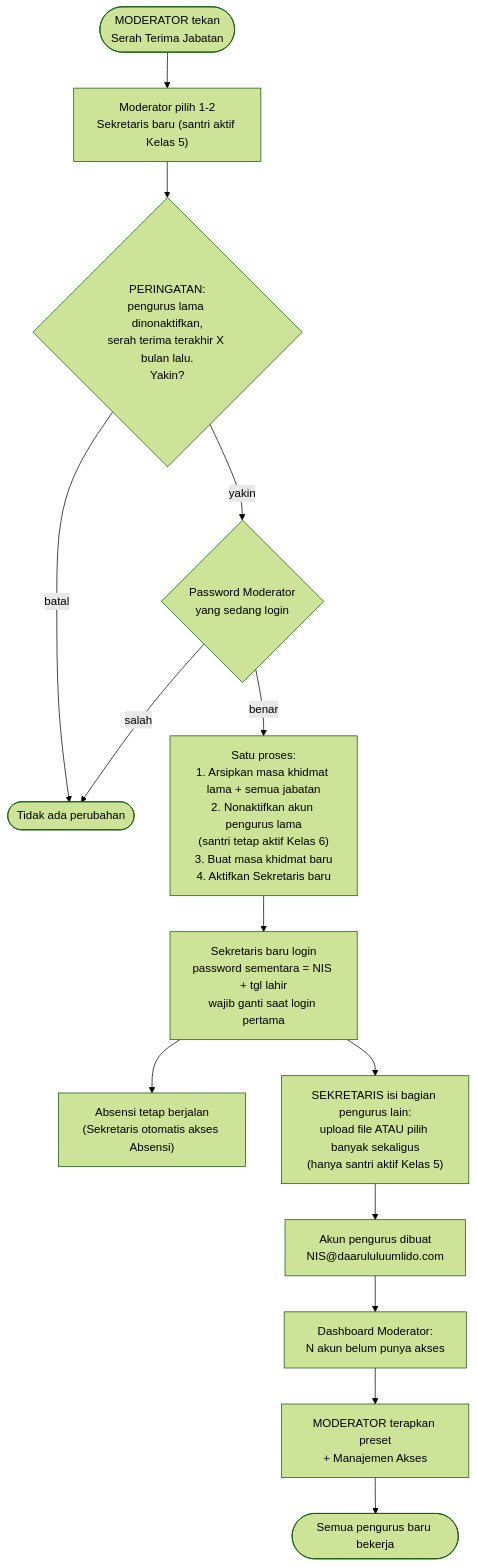
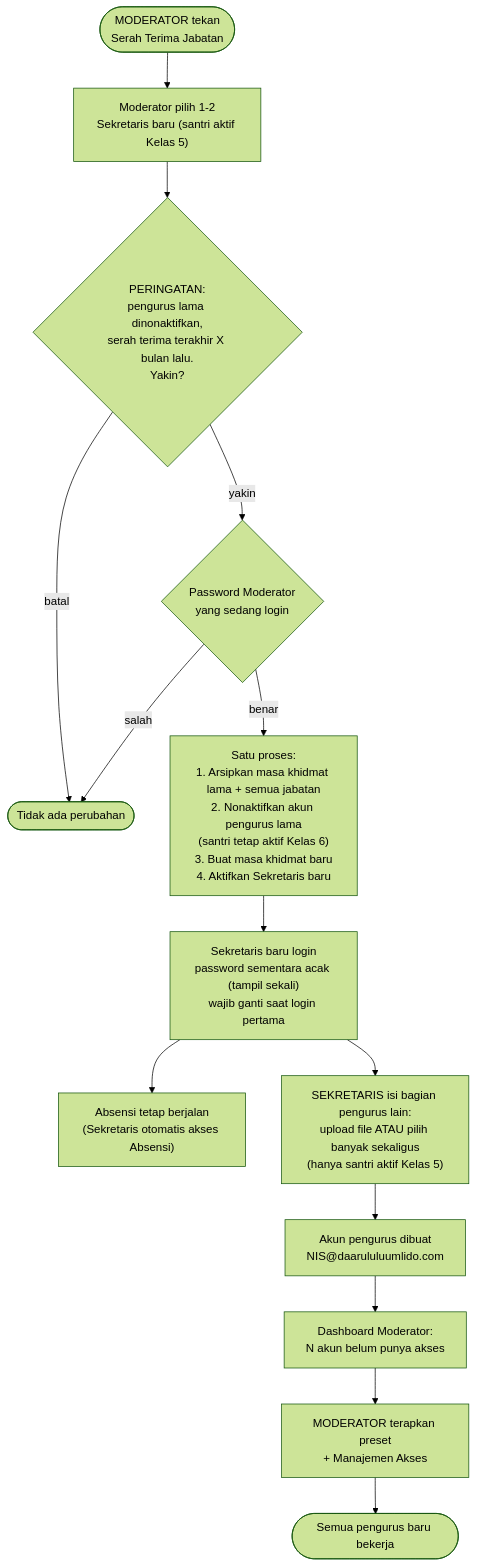
The fifth of 6 diagrams in README.md (SiJao/ProjectJao), drawn with Mermaid (forest theme) before and after one commit. The commit also changed other lines of this file and 16 other files, not shown here.

First line of the commit message:
Audit keamanan: password sementara acak, batas per IP, pembatasan data & kontak

````diff
--- a/README.md
+++ b/README.md
@@ -645,16 +657,16 @@
 ```mermaid
 flowchart TD
     Start(["MODERATOR tekan<br/>Serah Terima Jabatan"]) --> Tunjuk["Moderator pilih 1-2<br/>Sekretaris baru (santri aktif Kelas 5)"]
     Tunjuk --> Peringatan{"PERINGATAN:<br/>pengurus lama dinonaktifkan,<br/>serah terima terakhir X bulan lalu.<br/>Yakin?"}
     Peringatan -- "batal" --> Batal(["Tidak ada perubahan"])
     Peringatan -- "yakin" --> Password{"Password Moderator<br/>yang sedang login"}
     Password -- "salah" --> Batal
     Password -- "benar" --> Proses["Satu proses:<br/>1. Arsipkan masa khidmat lama + semua jabatan<br/>2. Nonaktifkan akun pengurus lama<br/>(santri tetap aktif Kelas 6)<br/>3. Buat masa khidmat baru<br/>4. Aktifkan Sekretaris baru"]
-    Proses --> Login1["Sekretaris baru login<br/>password sementara = NIS + tgl lahir<br/>wajib ganti saat login pertama"]
+    Proses --> Login1["Sekretaris baru login<br/>password sementara acak (tampil sekali)<br/>wajib ganti saat login pertama"]
     Login1 --> Absensi["Absensi tetap berjalan<br/>(Sekretaris otomatis akses Absensi)"]
     Login1 --> Bagian["SEKRETARIS isi bagian pengurus lain:<br/>upload file ATAU pilih banyak sekaligus<br/>(hanya santri aktif Kelas 5)"]
     Bagian --> Akun["Akun pengurus dibuat<br/>NIS@daarululuumlido.com"]
     Akun --> Badge["Dashboard Moderator:<br/>N akun belum punya akses"]
     Badge --> Role["MODERATOR terapkan preset<br/>+ Manajemen Akses"]
     Role --> Aktif(["Semua pengurus baru bekerja"])
 ```
````
